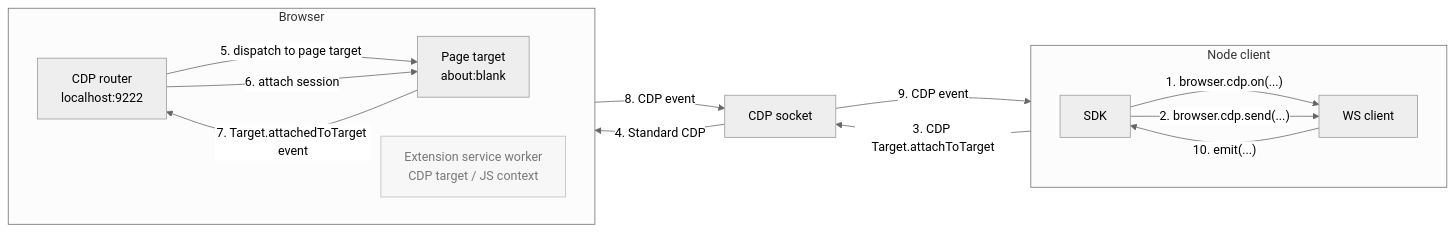
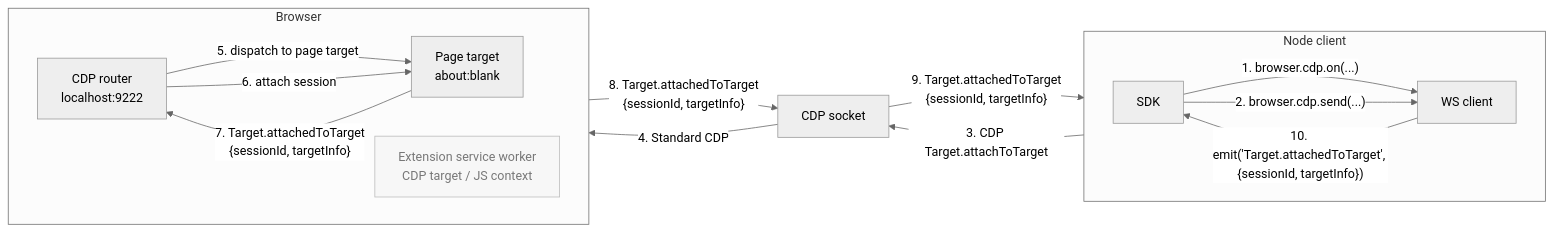
One commit to pirate/chrome-cdp-extension-bridge changed the second of 4 diagrams in README.md. Above: the diagram before and after it, drawn with Mermaid (neutral theme). The commit also changed other lines of this file, not shown here.

Commit message:
Show concrete CDP event payloads

````diff
--- a/README.md
+++ b/README.md
@@ -71,31 +71,31 @@
 ```mermaid
 flowchart LR
   subgraph Node["Node client"]
     direction LR
     SDK["SDK"]
     WS["WS client"]
     SDK -->|"1. browser.cdp.on(...)"| WS
     SDK -->|"2. browser.cdp.send(...)"| WS
   end
 
   subgraph Browser["Browser"]
     direction LR
     CDP["CDP router<br/>localhost:9222"]
     SW["Extension service worker<br/>CDP target / JS context"]
     Page["Page target<br/>about:blank"]
     CDP -->|"5. dispatch to page target"| Page
   end
 
   Socket["CDP socket"]
 
   WS -->|"3. CDP Target.attachToTarget"| Socket
   Socket -->|"4. Standard CDP"| CDP
   CDP -->|"6. attach session"| Page
-  Page -->|"7. Target.attachedToTarget event"| CDP
-  CDP -->|"8. CDP event"| Socket
-  Socket -->|"9. CDP event"| WS
-  WS -->|"10. emit(...)"| SDK
+  Page -->|"7. Target.attachedToTarget<br/>{sessionId, targetInfo}"| CDP
+  CDP -->|"8. Target.attachedToTarget<br/>{sessionId, targetInfo}"| Socket
+  Socket -->|"9. Target.attachedToTarget<br/>{sessionId, targetInfo}"| WS
+  WS -->|"10. emit('Target.attachedToTarget', {sessionId, targetInfo})"| SDK
 
   classDef idle fill:#f7f7f7,stroke:#bbb,color:#777;
   class SW idle;
 ```
````
